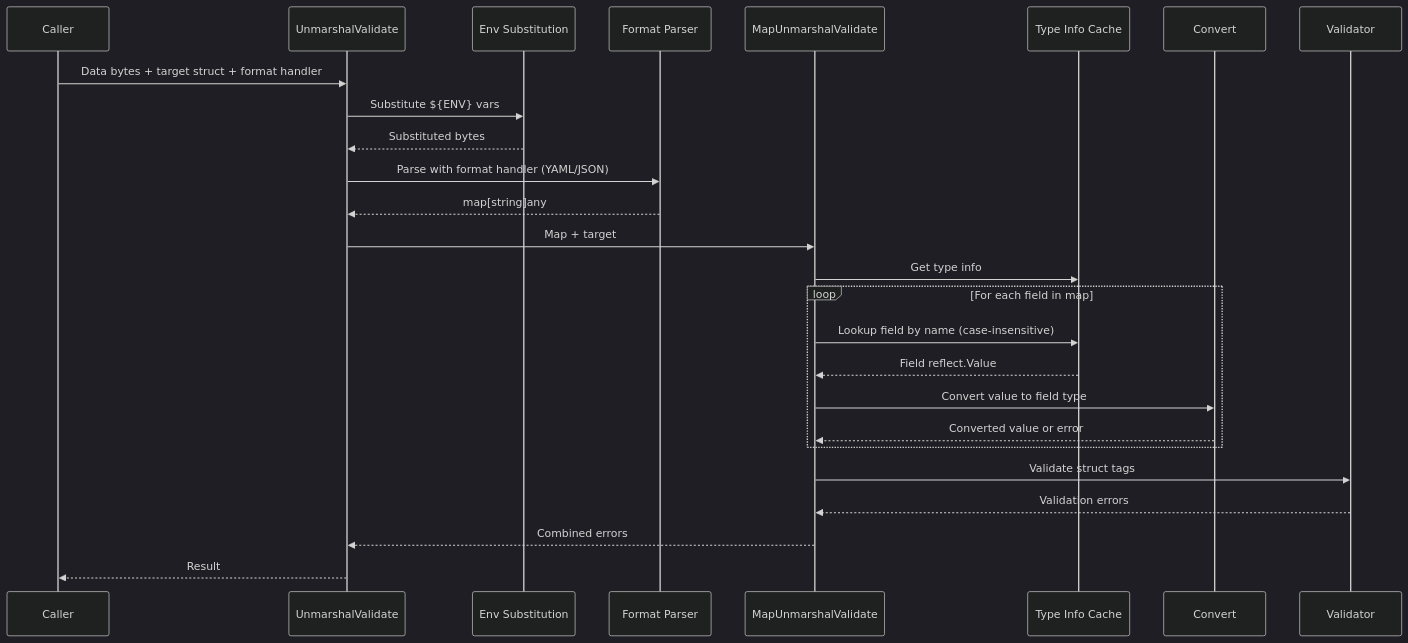
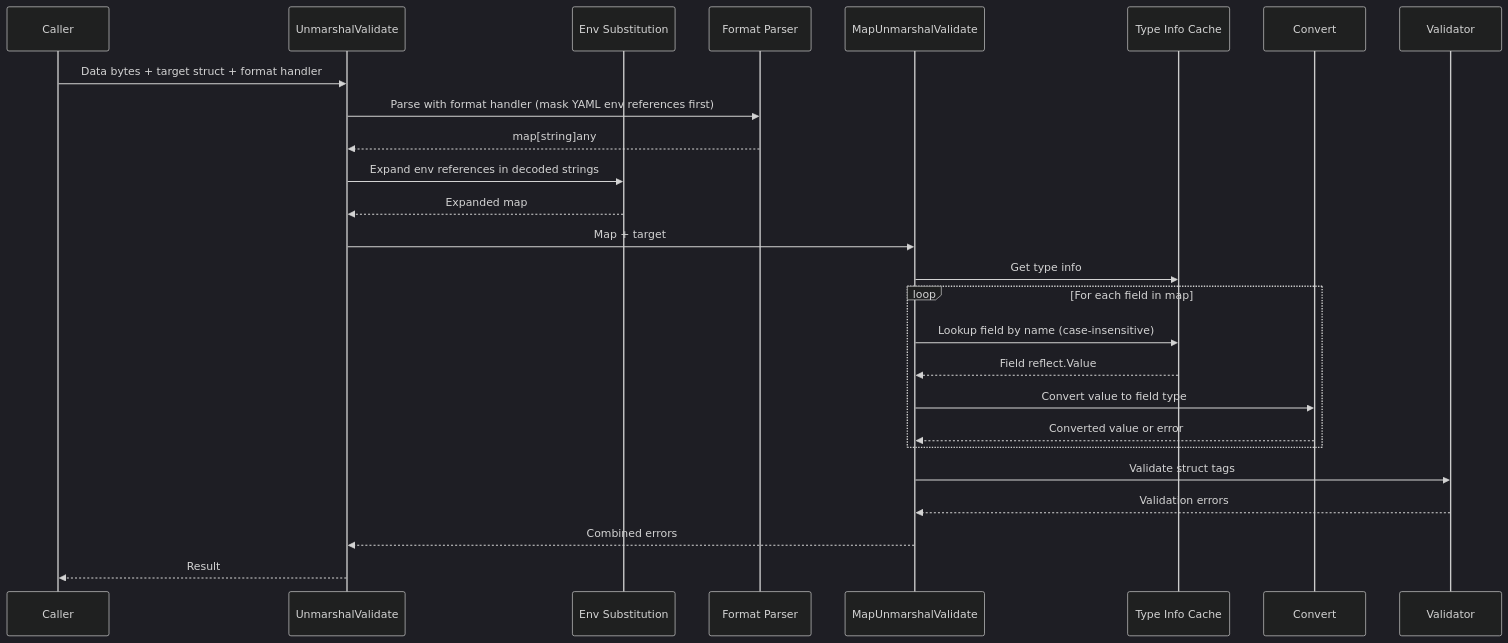
One commit to yusing/godoxy-wiki changed the first of 2 diagrams in content/docs/impl/internal-serialization.mdx. Above: the diagram before and after it, drawn with Mermaid (dark theme). The commit also changed other lines of this file and 3 other files, not shown here.

````diff
--- a/content/docs/impl/internal-serialization.mdx
+++ b/content/docs/impl/internal-serialization.mdx
@@ -113,29 +121,29 @@
 ```mermaid
 sequenceDiagram
     participant C as Caller
     participant U as UnmarshalValidate
     participant E as Env Substitution
     participant F as Format Parser
     participant M as MapUnmarshalValidate
     participant T as Type Info Cache
     participant CV as Convert
     participant V as Validator
 
     C->>U: Data bytes + target struct + format handler
-    U->>E: Substitute ${ENV} vars
-    E-->>U: Substituted bytes
-    U->>F: Parse with format handler (YAML/JSON)
+    U->>F: Parse with format handler (mask YAML env references first)
     F-->>U: map[string]any
+    U->>E: Expand env references in decoded strings
+    E-->>U: Expanded map
     U->>M: Map + target
     M->>T: Get type info
     loop For each field in map
         M->>T: Lookup field by name (case-insensitive)
         T-->>M: Field reflect.Value
         M->>CV: Convert value to field type
         CV-->>M: Converted value or error
     end
     M->>V: Validate struct tags
     V-->>M: Validation errors
     M-->>U: Combined errors
     U-->>C: Result
 ```
````
